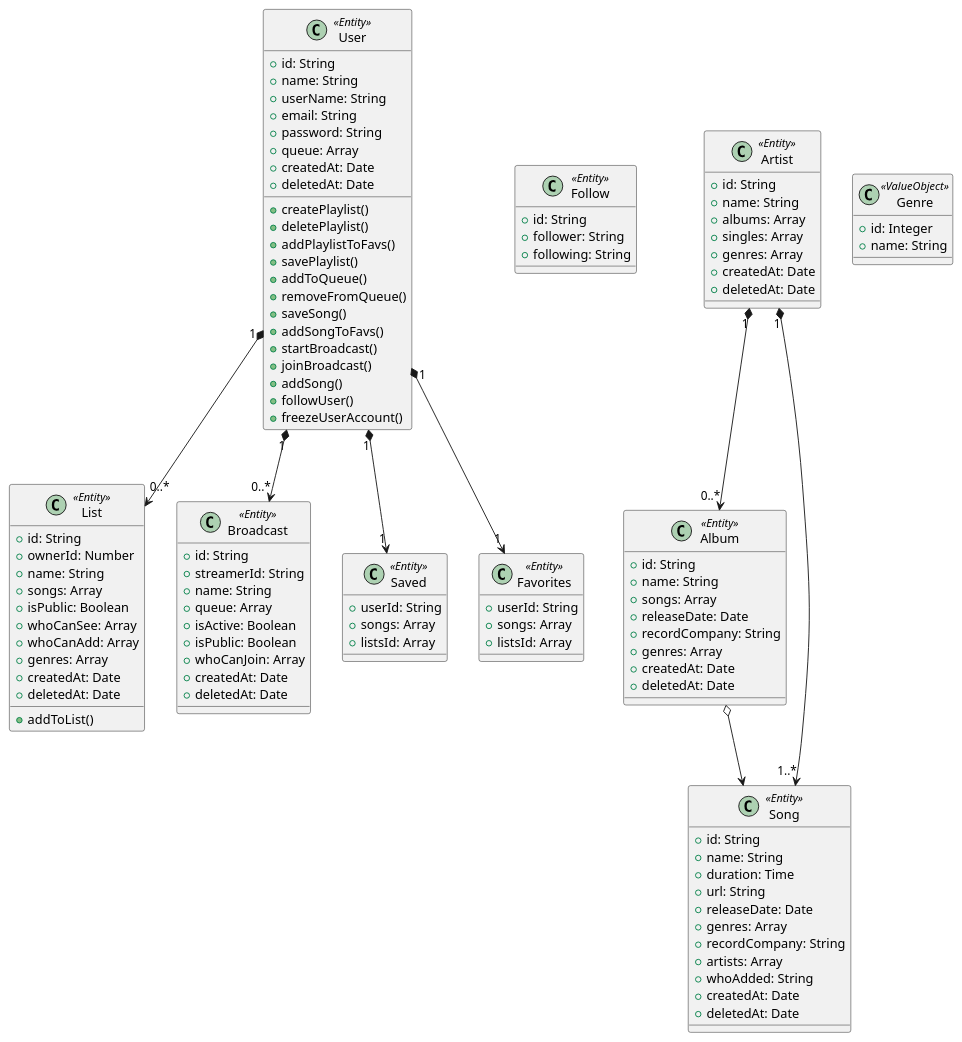
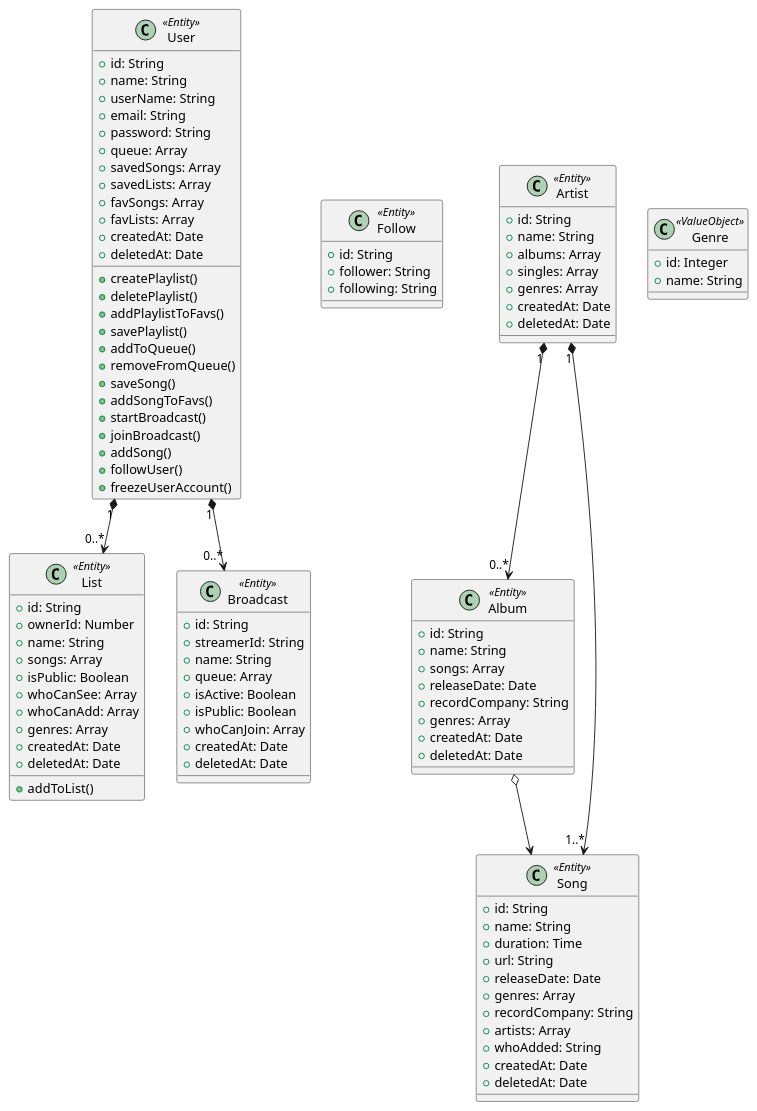
One commit to krcalcn/recreating-grooveshark changed the diagram in grooveshark.puml. Above: the diagram before and after it, drawn with PlantUML. The commit also changed 4 other files, not shown here.

Commit message:
saved and favorites merged with user model

```diff
--- a/grooveshark.puml
+++ b/grooveshark.puml
@@ -1,122 +1,113 @@
 @startuml grooveshark
 
 
 class User <<Entity>>{
   + id: String
   + name: String
   + userName: String
   + email: String
   + password: String
   + queue: Array
+  + savedSongs: Array
+  + savedLists: Array
+  + favSongs: Array
+  + favLists: Array
   + createdAt: Date
   + deletedAt: Date
 
   + createPlaylist()
   + deletePlaylist()
   + addPlaylistToFavs()
   + savePlaylist()
   + addToQueue()
   + removeFromQueue()
   + saveSong()
   + addSongToFavs()
   + startBroadcast()
   + joinBroadcast()
   + addSong()
   + followUser()
   + freezeUserAccount()
 }
 
 class Follow <<Entity>> {
   + id: String
   + follower: String
   + following: String
 }
 
 class List <<Entity>>{
   + id: String
   + ownerId: Number
   + name: String
   + songs: Array
   + isPublic: Boolean
   + whoCanSee: Array
   + whoCanAdd: Array
   + genres: Array
   + createdAt: Date
   + deletedAt: Date
   + addToList()
 }
 
 class Artist <<Entity>>{
   + id: String
   + name: String
   + albums: Array
   + singles: Array
   + genres: Array
   + createdAt: Date
   + deletedAt: Date
 }
 
 class Album <<Entity>>{
   + id: String
   + name: String
   + songs: Array
   + releaseDate: Date
   + recordCompany: String
   + genres: Array
   + createdAt: Date
   + deletedAt: Date
 }
 
 class Song <<Entity>>{
   + id: String
   + name: String
   + duration: Time
   + url: String
   + releaseDate: Date
   + genres: Array
   + recordCompany: String
   + artists: Array
   + whoAdded: String
   + createdAt: Date
   + deletedAt: Date
 }
 
 class Broadcast <<Entity>>{
   + id: String
   + streamerId: String
   + name: String
   + queue: Array
   + isActive: Boolean
   + isPublic: Boolean
   + whoCanJoin: Array
   + createdAt: Date
   + deletedAt: Date
 }
 
 class Genre <<ValueObject>>{
   + id: Integer
   + name: String
 }
 
-class Saved <<Entity>>{
-  + userId: String
-  + songs: Array
-  + listsId: Array
-}
-
-class Favorites <<Entity>>{
-  + userId: String
-  + songs: Array
-  + listsId: Array
-}
 
 Artist "1" *--> "0..*" Album
 Artist "1" *--> "1..*" Song
 User "1" *--> "0..*" List
-User "1" *--> "1" Saved
-User "1" *--> "1" Favorites
 User "1" *--> "0..*" Broadcast
 
 Album o--> Song
 
 @enduml
```
